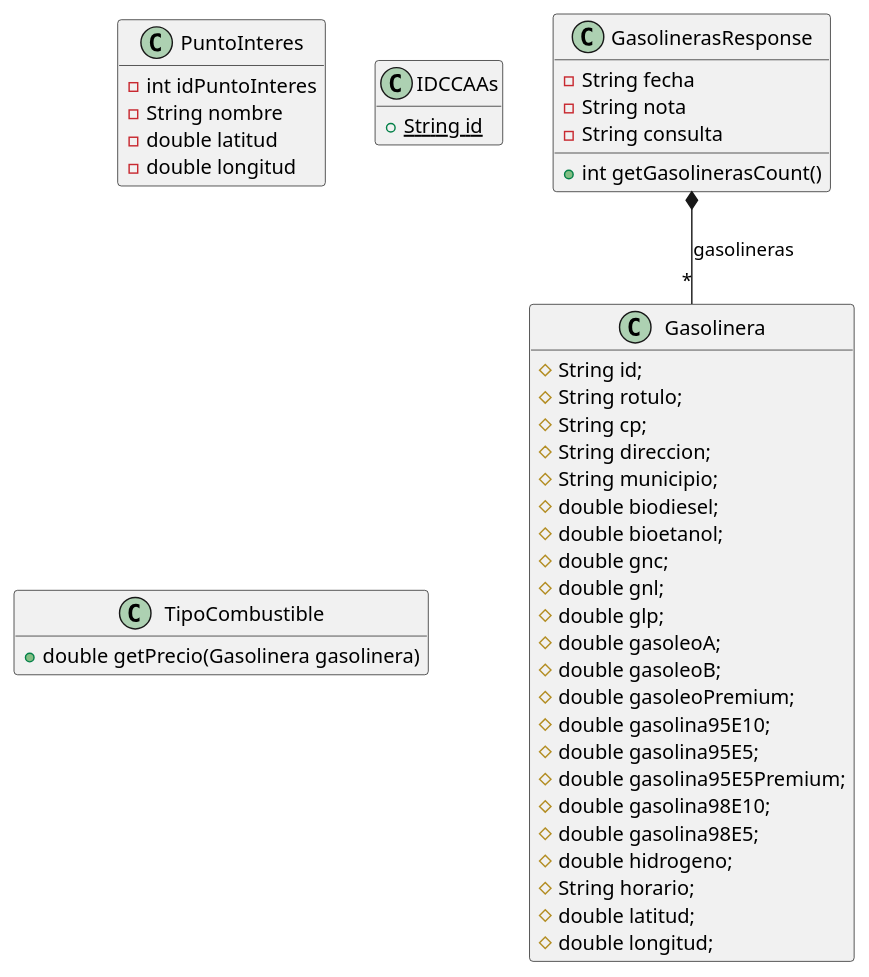
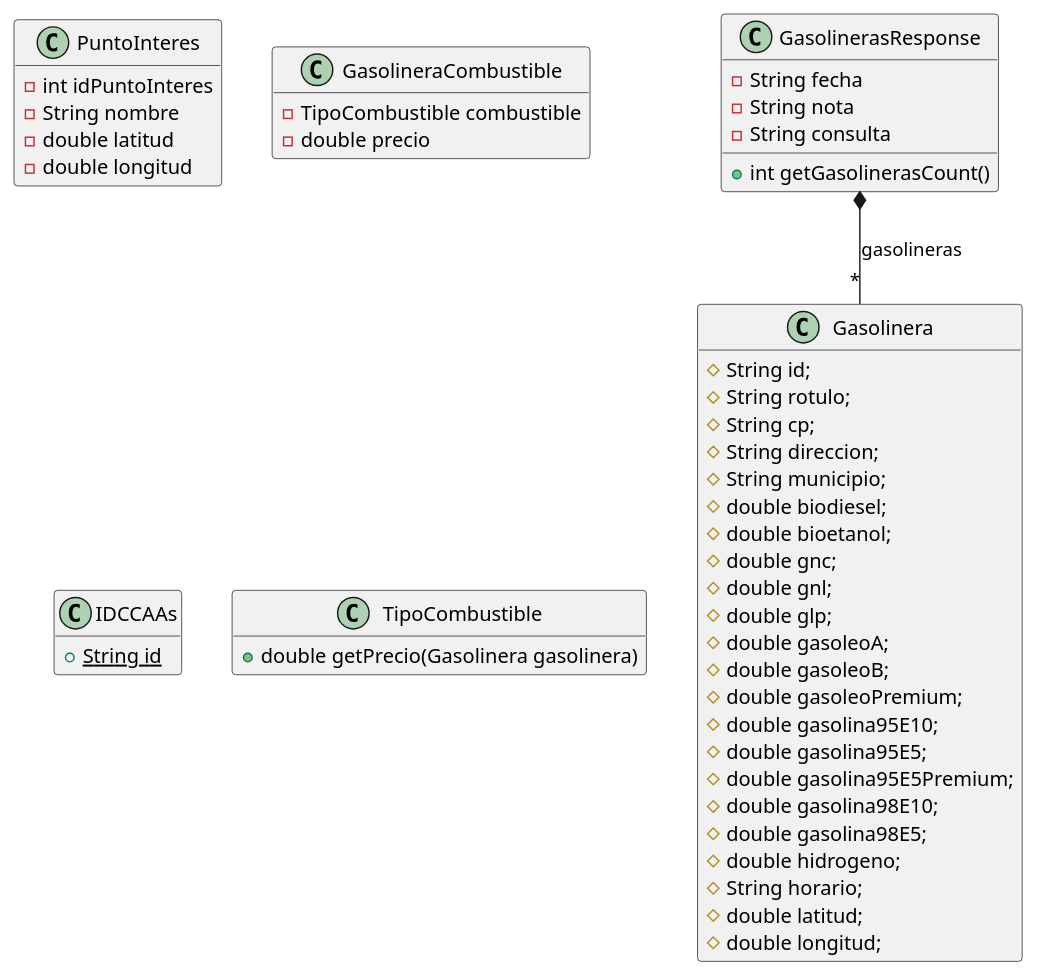
The diagram in Docs/Models/domain.puml (isunican/App-Gasolineras-Grupo2), drawn with PlantUML before and after one commit.

Commit message:
Update domain.puml
Actualizado dominio, añadida clase GasolineraCombustible

```diff
--- a/Docs/Models/domain.puml
+++ b/Docs/Models/domain.puml
@@ -1,54 +1,59 @@
 @startuml
 
 hide empty members
 
 class Gasolinera {
     # String id;
     # String rotulo;
     # String cp;
     # String direccion;
     # String municipio;
     # double biodiesel;
     # double bioetanol;
     # double gnc;
     # double gnl;
     # double glp;
     # double gasoleoA;
     # double gasoleoB;
     # double gasoleoPremium;
     # double gasolina95E10;
     # double gasolina95E5;
     # double gasolina95E5Premium;
     # double gasolina98E10;
     # double gasolina98E5;
     # double hidrogeno;
     # String horario;
     # double latitud;
     # double longitud;
 }
 
 class GasolinerasResponse {
     - String fecha
     - String nota
     - String consulta
     + int getGasolinerasCount()
 }
 
 GasolinerasResponse *-- "*" Gasolinera : gasolineras
 
 class PuntoInteres {
     - int idPuntoInteres
     - String nombre
     - double latitud
     - double longitud
 }
 
+class GasolineraCombustible {
+    - TipoCombustible combustible
+    - double precio
+}
+
 class IDCCAAs {
     + String id {static}
 }
 
 class TipoCombustible {
     + double getPrecio(Gasolinera gasolinera)
 }
 
 @enduml
```
